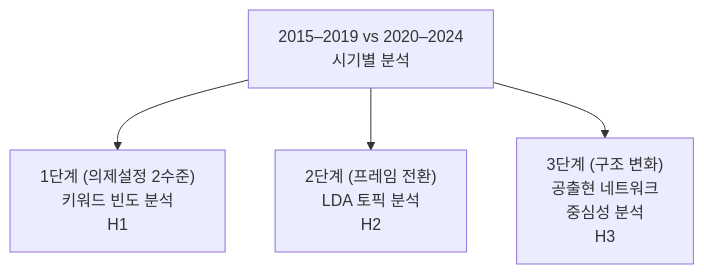
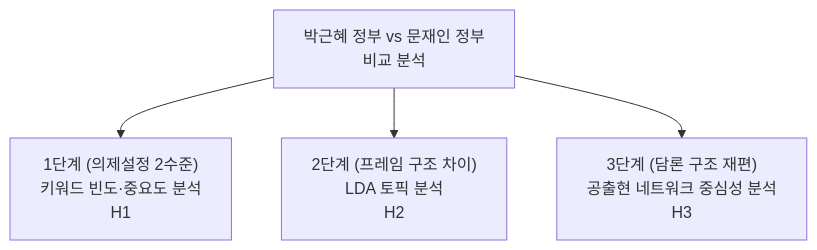
The second of 3 diagrams in README.md (gayoung106/public_perception), drawn with Mermaid before and after one commit. The commit also changed other lines of this file and 14 other files, not shown here.

````diff
--- a/README.md
+++ b/README.md
@@ -63,8 +71,8 @@
 ```mermaid
 flowchart TD
-    A["2015–2019 vs 2020–2024<br>시기별 분석"]
+    A["박근혜 정부 vs 문재인 정부<br>비교 분석"]
 
-    A --> B["1단계 (의제설정 2수준)<br>키워드 빈도 분석<br>H1"]
-    A --> C["2단계 (프레임 전환)<br>LDA 토픽 분석<br>H2"]
-    A --> D["3단계 (구조 변화)<br>공출현 네트워크 <br>중심성 분석<br>H3"]
+    A --> B["1단계 (의제설정 2수준)<br>키워드 빈도·중요도 분석<br>H1"]
+    A --> C["2단계 (프레임 구조 차이)<br>LDA 토픽 분석<br>H2"]
+    A --> D["3단계 (담론 구조 재편)<br>공출현 네트워크 중심성 분석<br>H3"]
 ```
````
